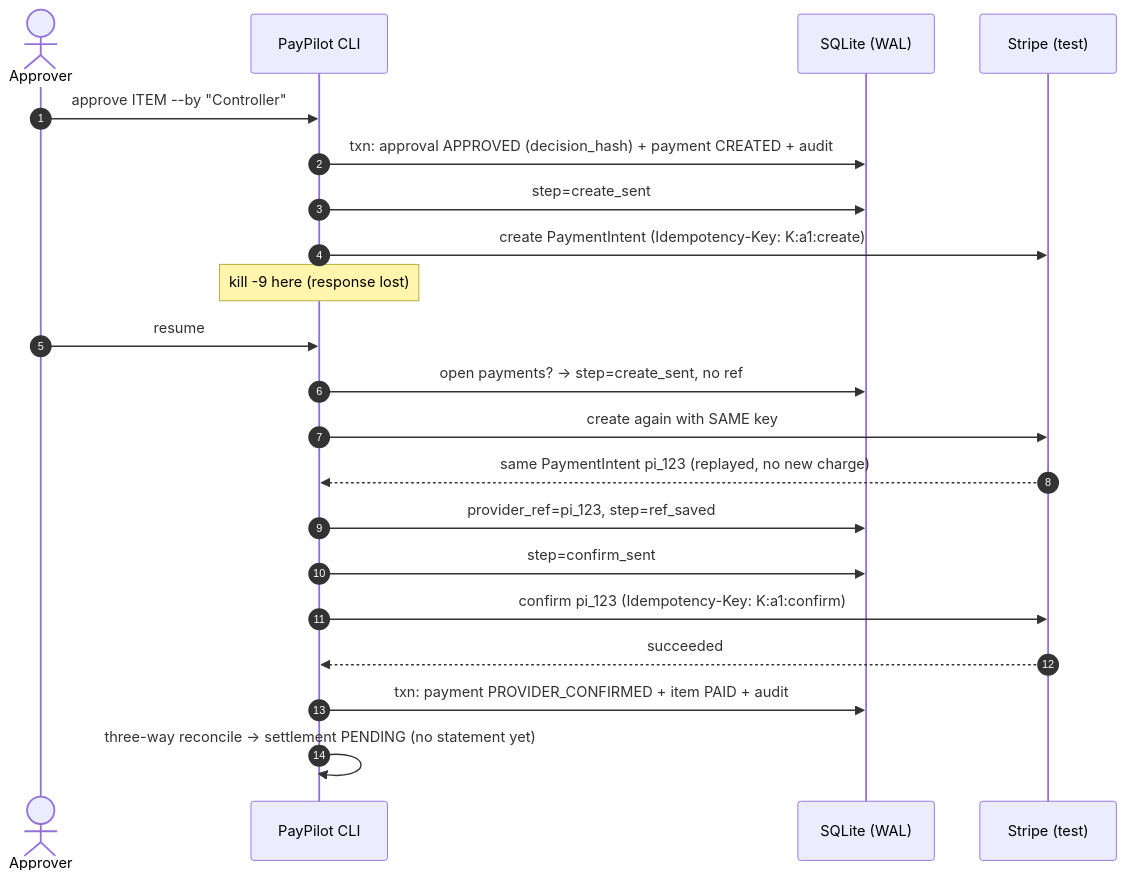
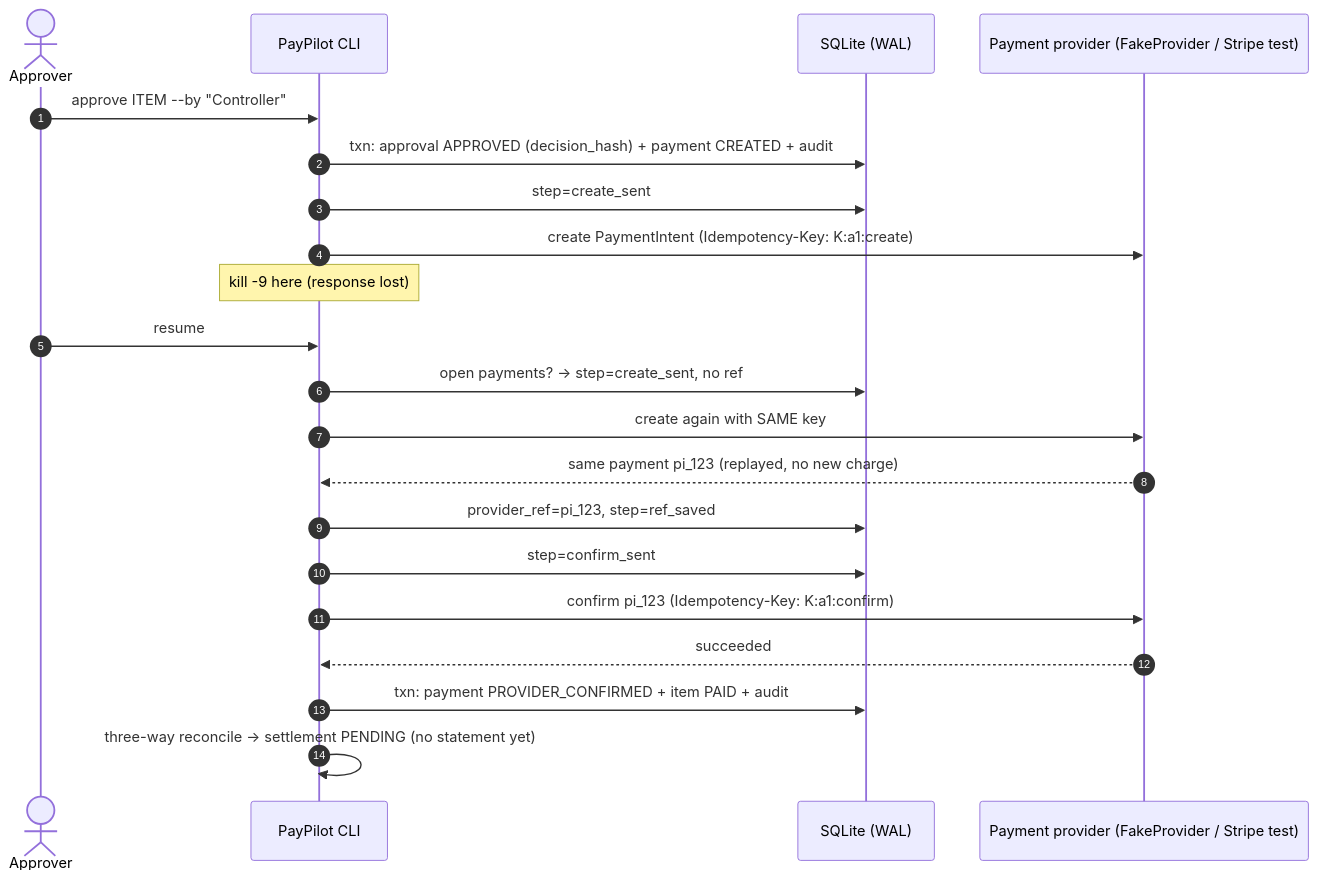
Before and after one commit to cypher-daemon/ContextCon_Hackathon: the fourth of 9 diagrams in docs/ARCHITECTURE.md, drawn with Mermaid. The commit also changed other lines of this file and 10 other files, not shown here.

````diff
--- a/docs/ARCHITECTURE.md
+++ b/docs/ARCHITECTURE.md
@@ -166,23 +167,23 @@
 ```mermaid
 sequenceDiagram
   autonumber
   actor Approver
   participant CLI as PayPilot CLI
   participant DB as SQLite (WAL)
-  participant ST as Stripe (test)
+  participant ST as Payment provider (FakeProvider / Stripe test)
   Approver->>CLI: approve ITEM --by "Controller"
   CLI->>DB: txn: approval APPROVED (decision_hash) + payment CREATED + audit
   CLI->>DB: step=create_sent
   CLI->>ST: create PaymentIntent (Idempotency-Key: K:a1:create)
   Note over CLI: kill -9 here (response lost)
   Approver->>CLI: resume
   CLI->>DB: open payments? → step=create_sent, no ref
   CLI->>ST: create again with SAME key
-  ST-->>CLI: same PaymentIntent pi_123 (replayed, no new charge)
+  ST-->>CLI: same payment pi_123 (replayed, no new charge)
   CLI->>DB: provider_ref=pi_123, step=ref_saved
   CLI->>DB: step=confirm_sent
   CLI->>ST: confirm pi_123 (Idempotency-Key: K:a1:confirm)
   ST-->>CLI: succeeded
   CLI->>DB: txn: payment PROVIDER_CONFIRMED + item PAID + audit
   CLI->>CLI: three-way reconcile → settlement PENDING (no statement yet)
 ```
````
